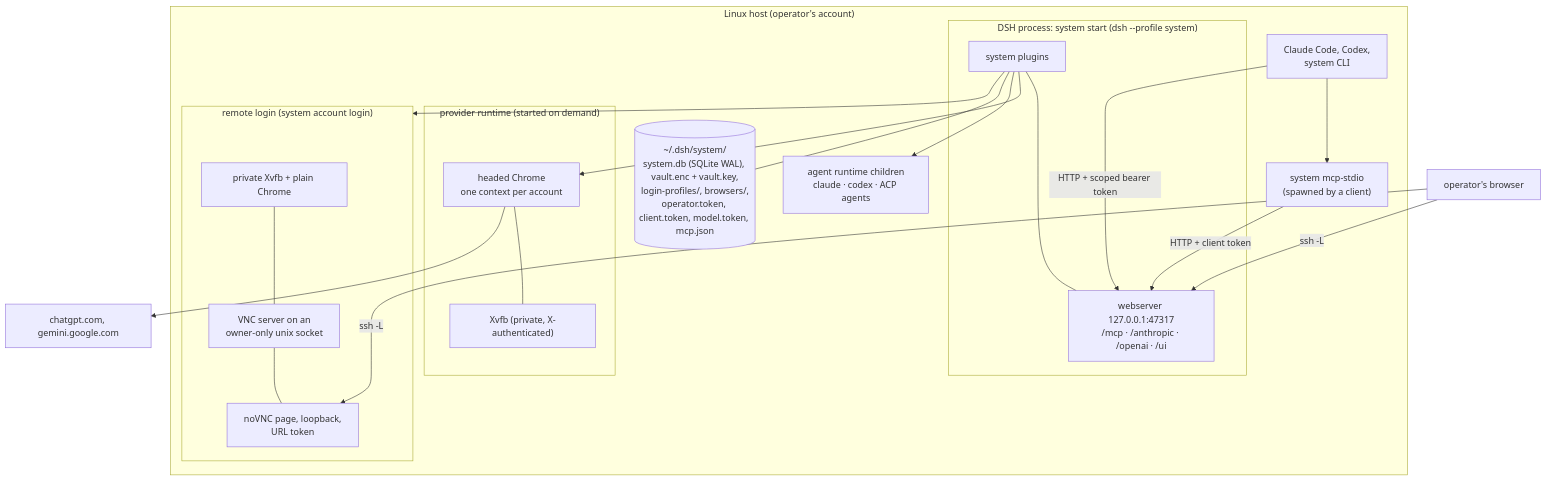
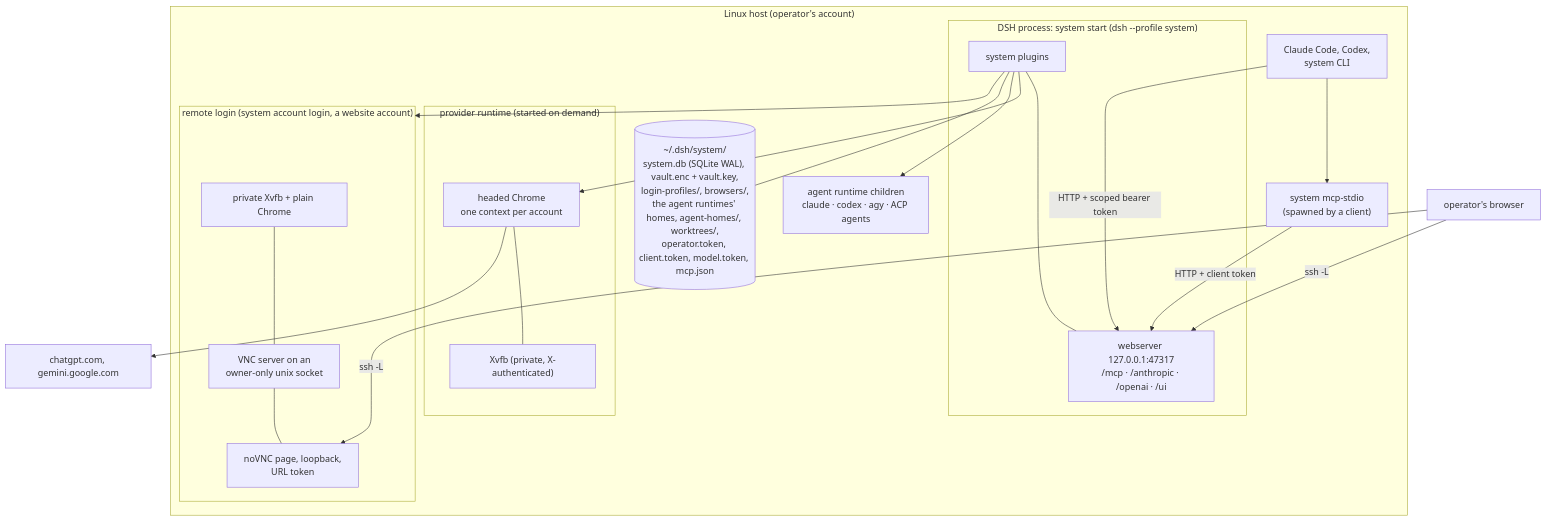
The fourth of 4 diagrams in docs/architecture/README.md (tsuuanmi/system), drawn with Mermaid before and after one commit. The commit also changed other lines of this file and 3 other files, not shown here.

Commit message:
docs(architecture): align components, data flow, and plugin model with code

````diff
--- a/docs/architecture/README.md
+++ b/docs/architecture/README.md
@@ -190,36 +199,36 @@
 ```mermaid
 flowchart TB
   subgraph hostbox["Linux host (operator's account)"]
     subgraph dshp["DSH process: system start (dsh --profile system)"]
       webserver["webserver 127.0.0.1:47317<br/>/mcp · /anthropic · /openai · /ui"]
       plugins["system plugins"]
     end
     subgraph browsers["provider runtime (started on demand)"]
       xvfb["Xvfb (private, X-authenticated)"]
       chrome["headed Chrome<br/>one context per account"]
     end
-    subgraph remote["remote login (system account login)"]
+    subgraph remote["remote login (system account login, a website account)"]
       rx["private Xvfb + plain Chrome"]
       vnc["VNC server on an<br/>owner-only unix socket"]
       novnc["noVNC page, loopback,<br/>URL token"]
     end
-    runtimes["agent runtime children<br/>claude · codex · ACP agents"]
-    home[("~/.dsh/system/<br/>system.db (SQLite WAL), vault.enc + vault.key,<br/>login-profiles/, browsers/,<br/>operator.token, client.token, model.token, mcp.json")]
+    runtimes["agent runtime children<br/>claude · codex · agy · ACP agents"]
+    home[("~/.dsh/system/<br/>system.db (SQLite WAL), vault.enc + vault.key,<br/>login-profiles/, browsers/,<br/>the agent runtimes' homes, agent-homes/, worktrees/,<br/>operator.token, client.token, model.token, mcp.json")]
     stdio["system mcp-stdio<br/>(spawned by a client)"]
     clients["Claude Code, Codex,<br/>system CLI"]
   end
   opbrowser["operator's browser"]
   sites["chatgpt.com, gemini.google.com"]
   plugins --- webserver
   plugins --> chrome
   chrome --- xvfb
   chrome --> sites
   plugins --> runtimes
   plugins --- home
   plugins --> remote
   rx --- vnc --- novnc
   clients -- "HTTP + scoped bearer token" --> webserver
   clients --> stdio -- "HTTP + client token" --> webserver
   opbrowser -- "ssh -L" --> webserver
   opbrowser -- "ssh -L" --> novnc
 ```
````
